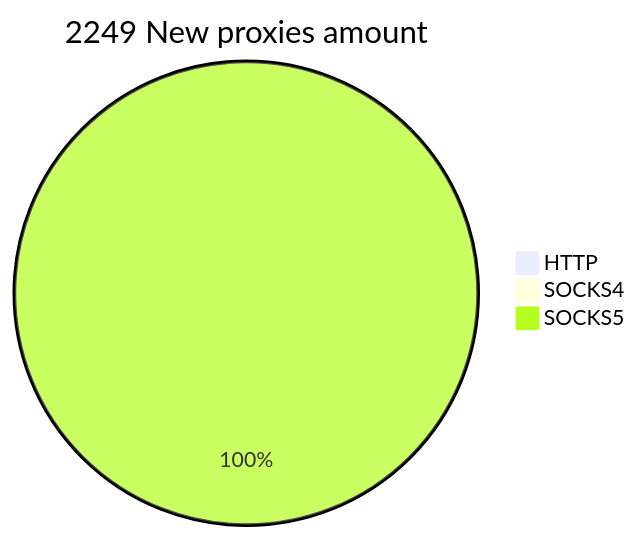
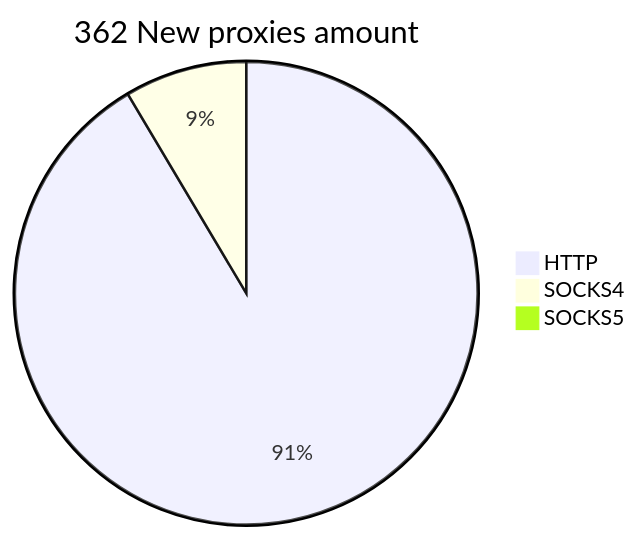
One commit to cutipu/proxylist changed the second of 2 diagrams in README.md. Above: the diagram before and after it, drawn with Mermaid. The commit also changed other lines of this file, not shown here.

````diff
--- a/README.md
+++ b/README.md
@@ -10,6 +10,6 @@
 ```mermaid
-pie title 2249 New proxies amount
-    "HTTP" : 0
-    "SOCKS4" : 0
-    "SOCKS5" : 2249
+pie title 362 New proxies amount
+    "HTTP" : 332
+    "SOCKS4" : 31
+    "SOCKS5" : 0
 ```
````
